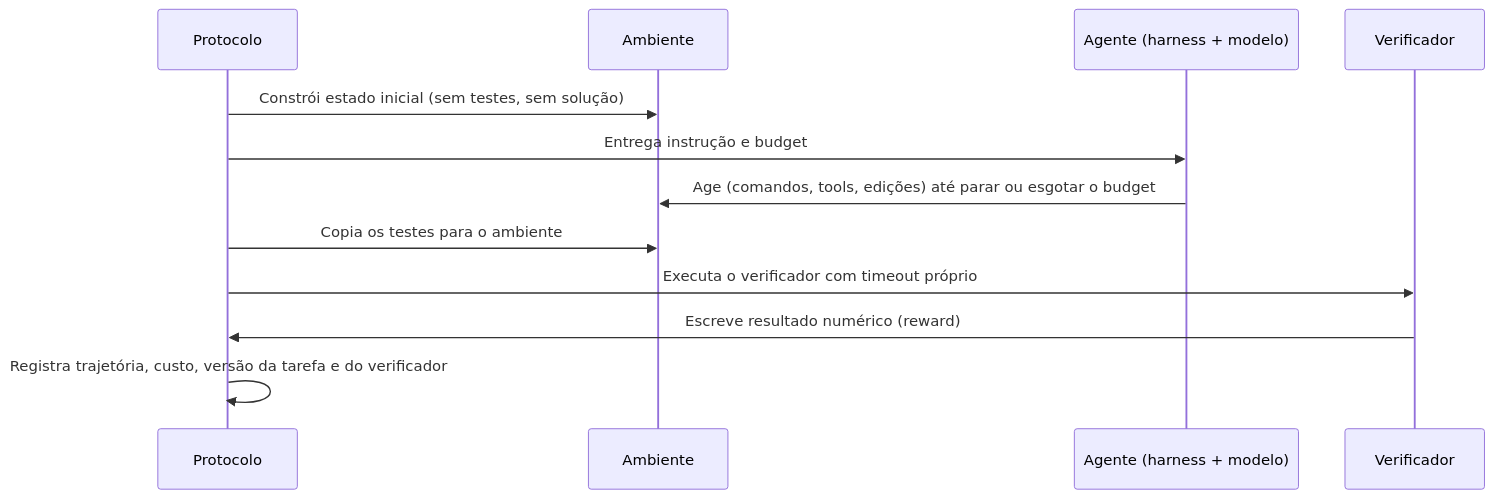
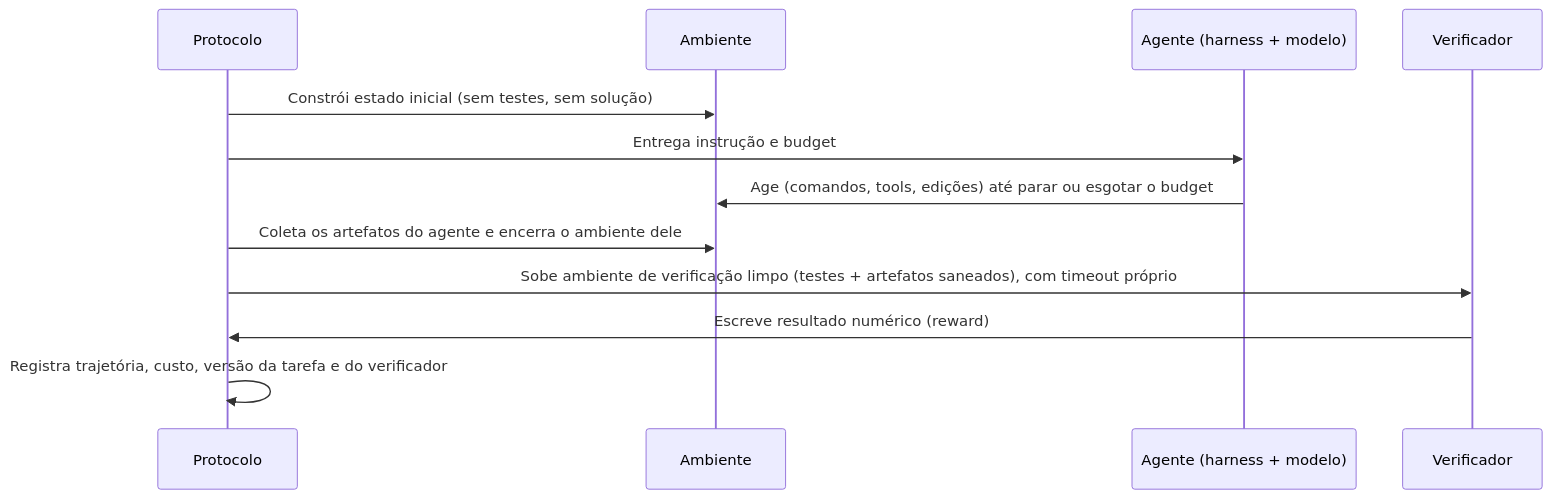
One commit to ruanpato/production-ai-engineering changed the diagram in content/pt-BR/05-observabilidade-avaliacao/05.07-avaliacao-de-agentes-tarefas-verificadores-e-incerteza.md. Above: the diagram before and after it, drawn with Mermaid. The commit also changed other lines of this file and 5 other files, not shown here.

````diff
--- a/content/pt-BR/05-observabilidade-avaliacao/05.07-avaliacao-de-agentes-tarefas-verificadores-e-incerteza.md
+++ b/content/pt-BR/05-observabilidade-avaliacao/05.07-avaliacao-de-agentes-tarefas-verificadores-e-incerteza.md
@@ -53,15 +53,15 @@
 ```mermaid
 sequenceDiagram
     participant P as Protocolo
     participant E as Ambiente
     participant A as Agente (harness + modelo)
     participant V as Verificador
 
     P->>E: Constrói estado inicial (sem testes, sem solução)
     P->>A: Entrega instrução e budget
     A->>E: Age (comandos, tools, edições) até parar ou esgotar o budget
-    P->>E: Copia os testes para o ambiente
-    P->>V: Executa o verificador com timeout próprio
+    P->>E: Coleta os artefatos do agente e encerra o ambiente dele
+    P->>V: Sobe ambiente de verificação limpo (testes + artefatos saneados), com timeout próprio
     V->>P: Escreve resultado numérico (reward)
     P->>P: Registra trajetória, custo, versão da tarefa e do verificador
 ```
````
